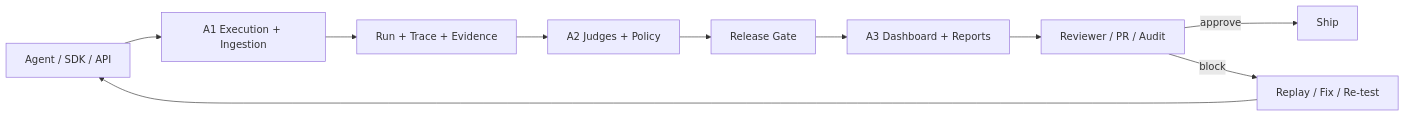
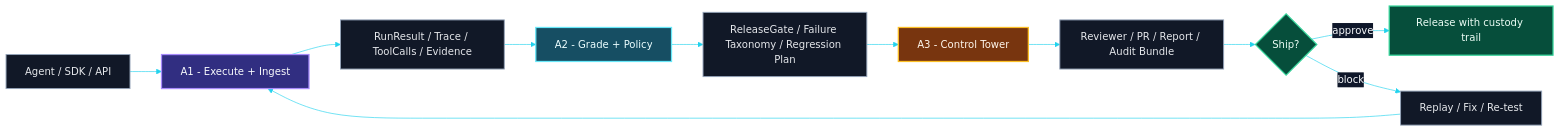
Before and after one commit to 3351666087/release-foundry: the first of 4 diagrams in README.md, drawn with Mermaid. The commit also changed other lines of this file, not shown here.

````diff
--- a/README.md
+++ b/README.md
@@ -23,12 +81,20 @@
 ```mermaid
+%%{init: {"theme": "base", "themeVariables": {"background": "transparent", "primaryColor": "#111827", "primaryTextColor": "#f8fafc", "primaryBorderColor": "#8b5cf6", "lineColor": "#22d3ee", "secondaryColor": "#0f172a", "tertiaryColor": "#1e293b", "fontFamily": "Inter, ui-sans-serif, system-ui"}}}%%
 flowchart LR
-  Agent["Agent / SDK / API"] --> A1["A1 Execution + Ingestion"]
-  A1 --> Trace["Run + Trace + Evidence"]
-  Trace --> A2["A2 Judges + Policy"]
-  A2 --> Gate["Release Gate"]
-  Gate --> A3["A3 Dashboard + Reports"]
-  A3 --> Review["Reviewer / PR / Audit"]
-  Review -->|approve| Ship["Ship"]
-  Review -->|block| Replay["Replay / Fix / Re-test"]
-  Replay --> Agent
+  classDef a1 fill:#312e81,stroke:#a78bfa,color:#f8fafc,stroke-width:2px
+  classDef a2 fill:#164e63,stroke:#67e8f9,color:#ecfeff,stroke-width:2px
+  classDef a3 fill:#78350f,stroke:#fbbf24,color:#fff7ed,stroke-width:2px
+  classDef artifact fill:#111827,stroke:#94a3b8,color:#e5e7eb,stroke-width:1.5px
+  classDef decision fill:#064e3b,stroke:#34d399,color:#ecfdf5,stroke-width:2px
+
+  Agent["Agent / SDK / API"]:::artifact --> A1["A1 - Execute + Ingest"]:::a1
+  A1 --> Trace["RunResult / Trace / ToolCalls / Evidence"]:::artifact
+  Trace --> A2["A2 - Grade + Policy"]:::a2
+  A2 --> Gate["ReleaseGate / Failure Taxonomy / Regression Plan"]:::artifact
+  Gate --> A3["A3 - Control Tower"]:::a3
+  A3 --> Review["Reviewer / PR / Report / Audit Bundle"]:::artifact
+  Review --> Decision{"Ship?"}:::decision
+  Decision -->|approve| Ship["Release with custody trail"]:::decision
+  Decision -->|block| Replay["Replay / Fix / Re-test"]:::artifact
+  Replay --> A1
 ```
````
